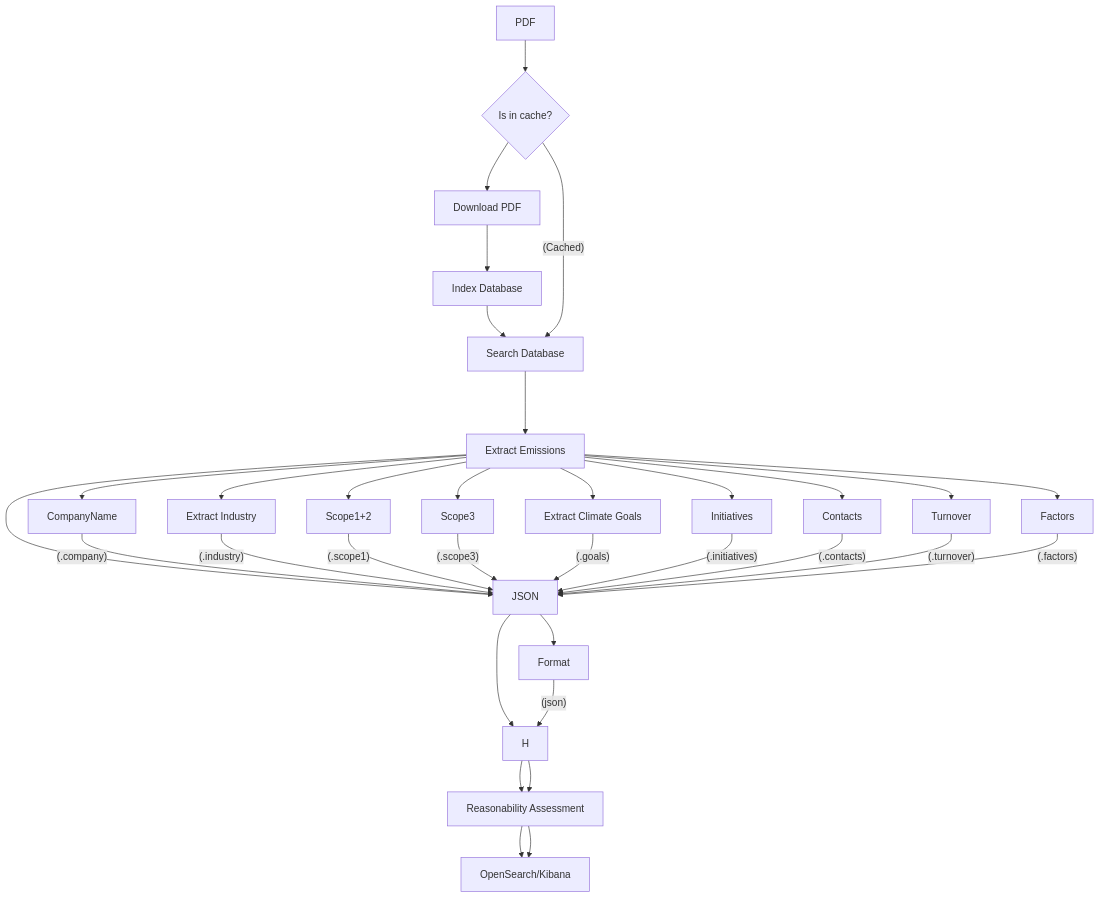
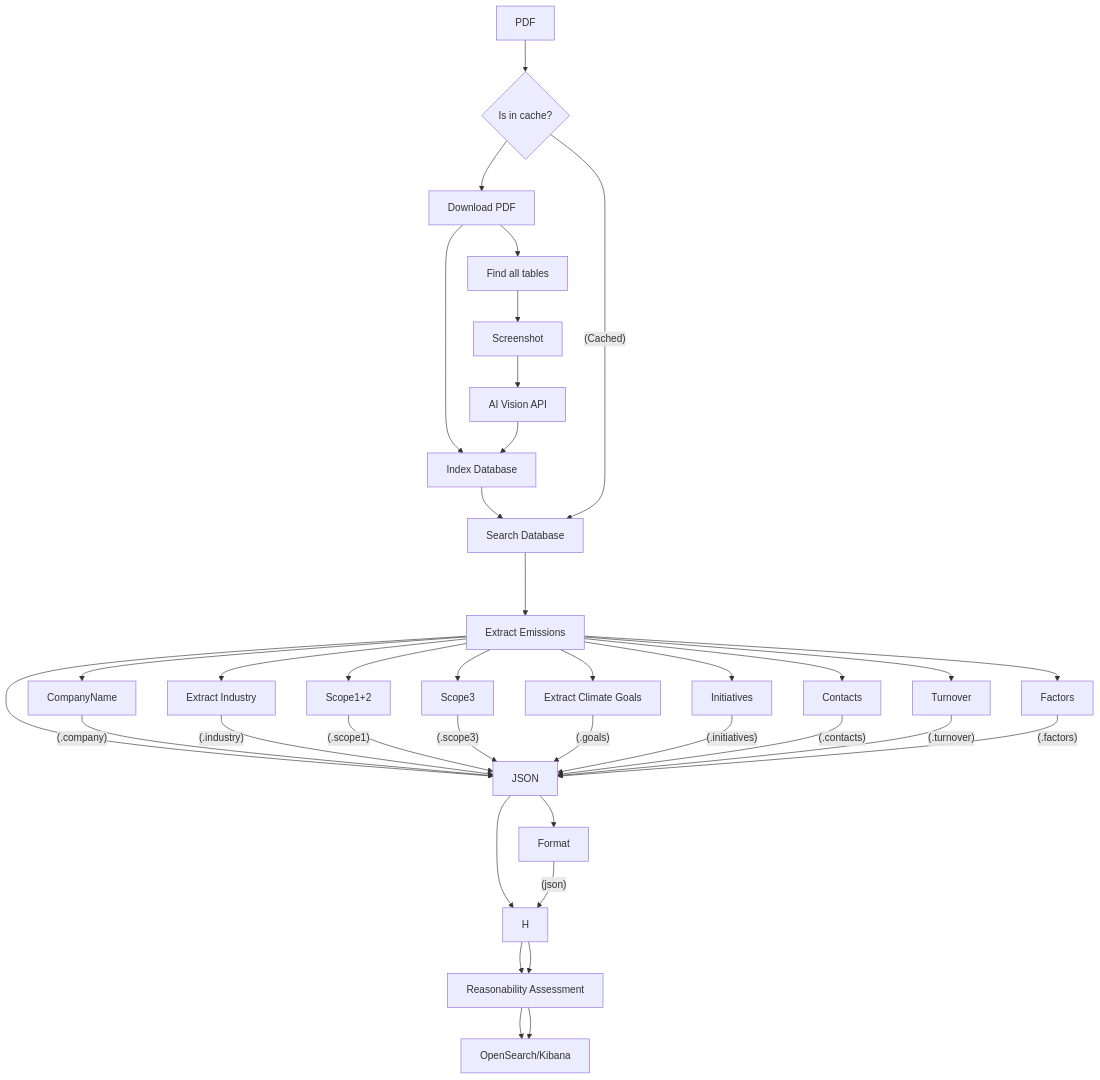
Before and after one commit to Klimatbyran/garbo: the diagram in README.md, drawn with Mermaid.

Commit message:
Update readme with nlm pipeline

````diff
--- a/README.md
+++ b/README.md
@@ -19,36 +19,40 @@
 ```mermaid
 flowchart TB
 
     A[PDF]
     B{Is in cache?}
     C[Download PDF]
     D[Index Database]
     E[Search Database]
     F[Extract Emissions]
     G[JSON]
+    N[Find all tables]
+    S[Screenshot]
+    V[AI Vision API]
 
     Industry[Extract Industry]
     Goals[Extract Climate Goals]
     Review[Reasonability Assessment]
 
 
     DB[OpenSearch/Kibana]
 
     A --> B --> C --> D --> E ---> F ---> G ---> H
+    C --> N --> S --> V --> D
     B --(Cached)--> E
 
     F --> CompanyName --(.company)--> G
     F --> Industry --(.industry)--> G
     F --> Scope1+2 --(.scope1)--> G
     F --> Scope3 --(.scope3)--> G
     F --> Goals --(.goals)--> G
     F --> Initiatives --(.initiatives)--> G
     F --> Contacts --(.contacts)--> G
     F --> Turnover --(.turnover)--> G
     F --> Factors --(.factors)--> G
 
     G --> Format --(json)--> H
 
     H --> Review --> DB
     H --> Review --> DB
 ```
````
